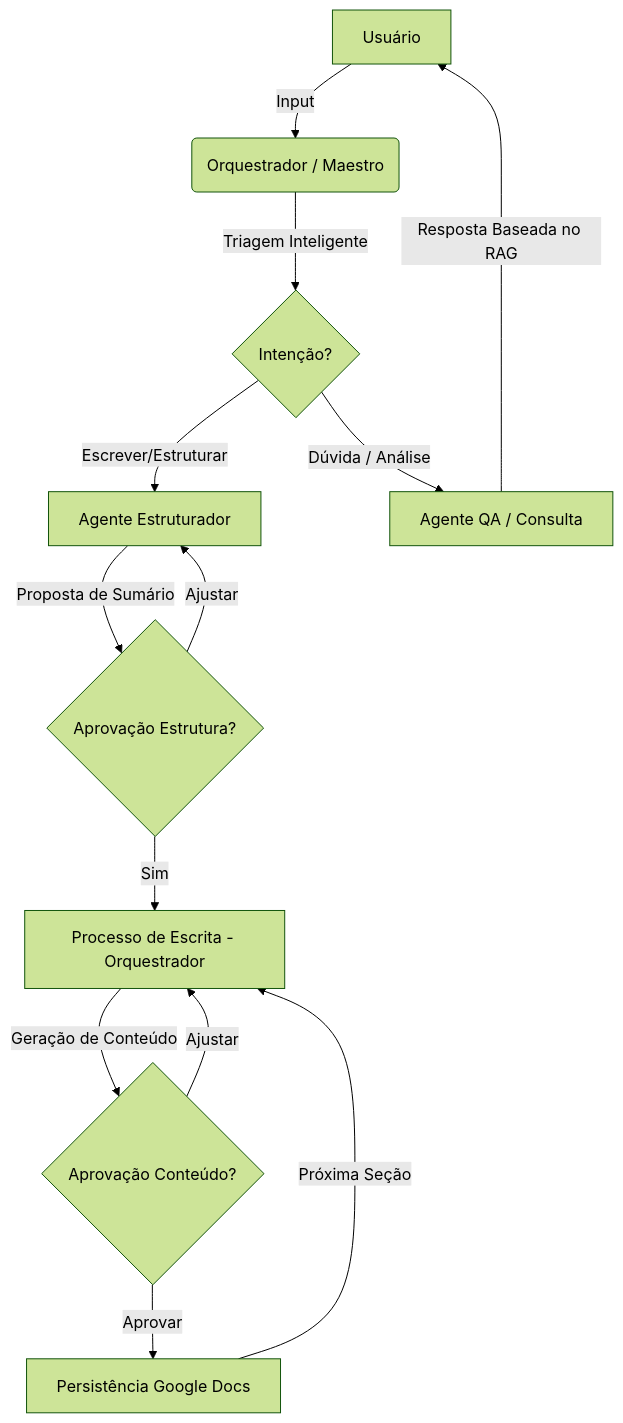
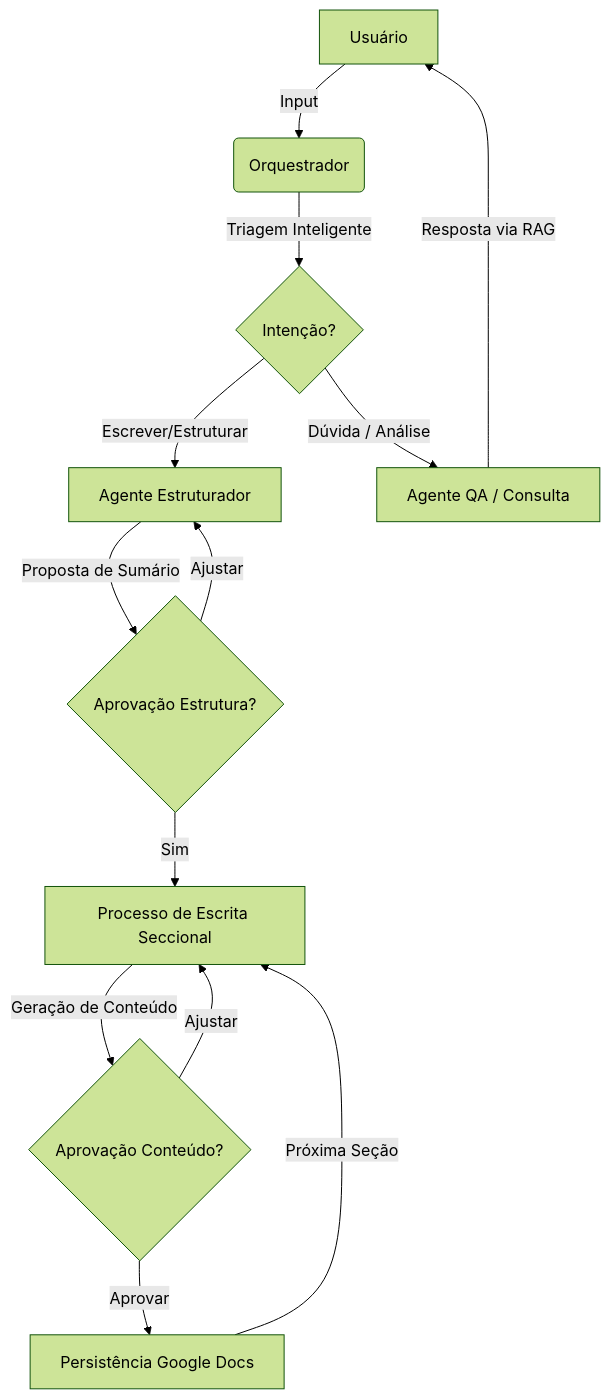
The diagram in README.md (rodrigoassis1996/oraculo-academico), drawn with Mermaid (forest theme) before and after one commit. The commit also changed other lines of this file and 8 other files, not shown here.

````diff
--- a/README.md
+++ b/README.md
@@ -26,21 +26,21 @@
 ```mermaid
 graph TD
-    A[Usuário] -->|Input| B(Orquestrador / Maestro)
+    A[Usuário] -->|Input| B(Orquestrador)
     B -->|Triagem Inteligente| C{Intenção?}
     
     C -->|Escrever/Estruturar| D[Agente Estruturador]
     C -->|Dúvida / Análise| E[Agente QA / Consulta]
     
     D -->|Proposta de Sumário| F{Aprovação Estrutura?}
     F -->|Ajustar| D
     
-    F -->|Sim| G[Processo de Escrita - Orquestrador]
+    F -->|Sim| G[Processo de Escrita Seccional]
     G -->|Geração de Conteúdo| H{Aprovação Conteúdo?}
     
     H -->|Aprovar| I[Persistência Google Docs]
     H -->|Ajustar| G
     
     I -->|Próxima Seção| G
     
-    E -->|Resposta Baseada no RAG| A
+    E -->|Resposta via RAG| A
 ```
````
